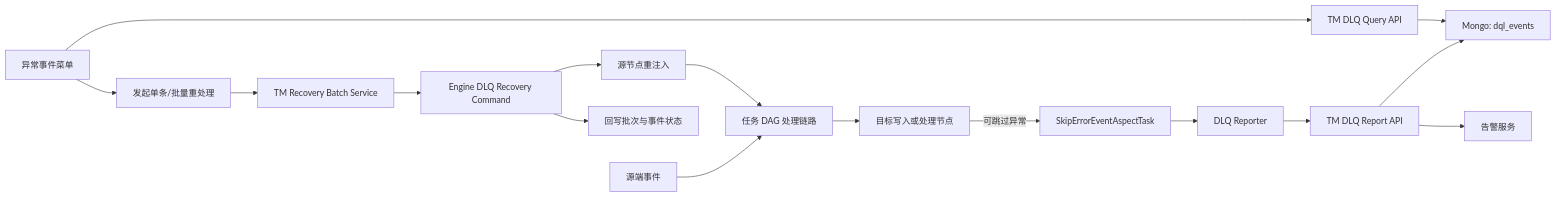
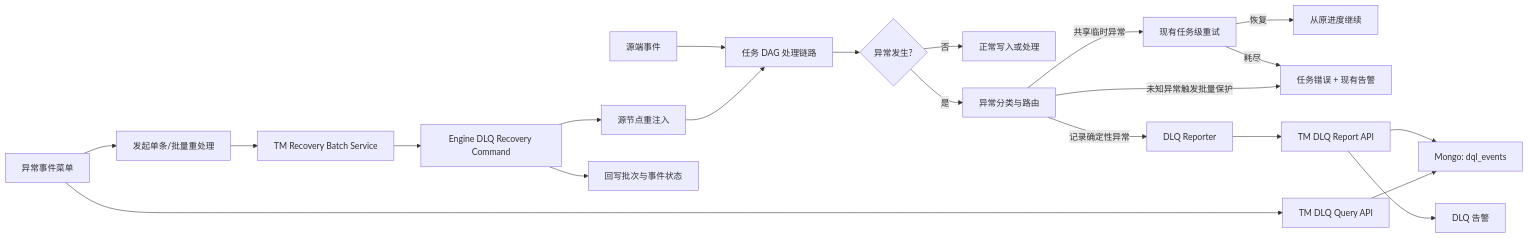
The first of 2 diagrams in doc/TAP-12615-DLQ-controlled-reprocessing-design.md (tapdata/tapdata), drawn with Mermaid before and after one commit. The commit also changed other lines of this file and 18 other files, not shown here.

````diff
--- a/doc/TAP-12615-DLQ-controlled-reprocessing-design.md
+++ b/doc/TAP-12615-DLQ-controlled-reprocessing-design.md
@@ -76,18 +92,23 @@
 ```mermaid
 flowchart LR
   A["源端事件"] --> B["任务 DAG 处理链路"]
-  B --> C["目标写入或处理节点"]
-  C -->|可跳过异常| D["SkipErrorEventAspectTask"]
-  D --> E["DLQ Reporter"]
-  E --> F["TM DLQ Report API"]
-  F --> G["Mongo: dql_events"]
-  F --> H["告警服务"]
+  B --> C{"异常发生?"}
+  C -->|否| Z["正常写入或处理"]
+  C -->|是| R["异常分类与路由"]
+  R -->|共享临时异常| TR["现有任务级重试"]
+  TR -->|恢复| RES["从原进度继续"]
+  TR -->|耗尽| TE["任务错误 + 现有告警"]
+  R -->|记录确定性异常| D["DLQ Reporter"]
+  R -->|未知异常触发批量保护| TE
+  D --> E["TM DLQ Report API"]
+  E --> F["Mongo: dql_events"]
+  E --> H["DLQ 告警"]
   I["异常事件菜单"] --> J["TM DLQ Query API"]
-  J --> G
+  J --> F
   I --> K["发起单条/批量重处理"]
   K --> L["TM Recovery Batch Service"]
   L --> M["Engine DLQ Recovery Command"]
   M --> N["源节点重注入"]
   N --> B
   M --> O["回写批次与事件状态"]
 ```
````
